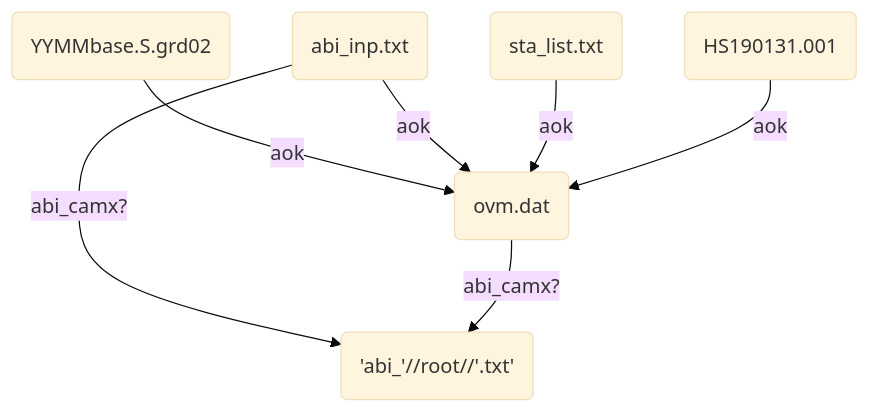
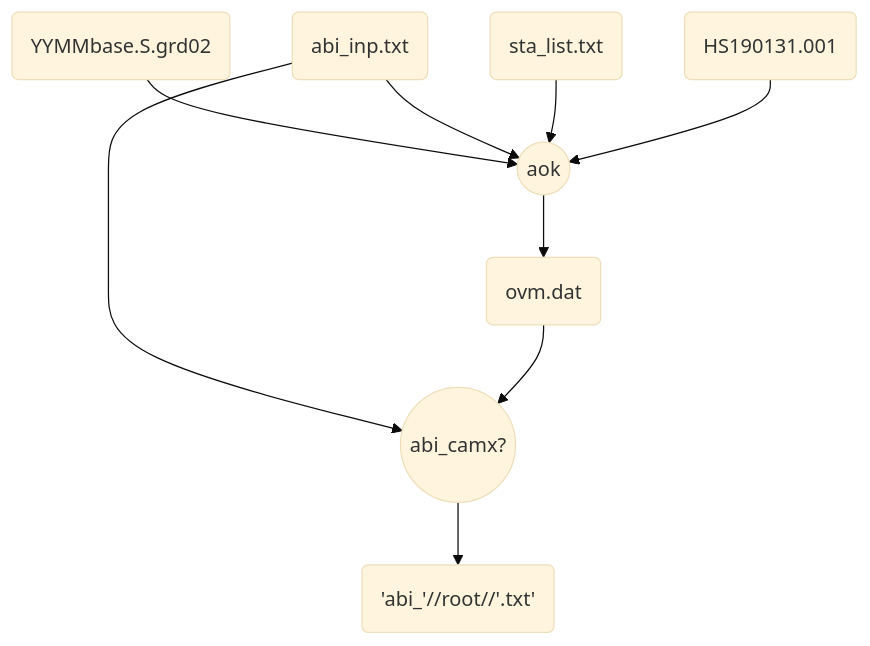
Before and after one commit to sinotec2/FAQ: the second of 2 diagrams in _posts/2022-07-20-aok.md, drawn with Mermaid (base theme).

````diff
--- a/_posts/2022-07-20-aok.md
+++ b/_posts/2022-07-20-aok.md
@@ -41,15 +41,19 @@
 ```mermaid
 graph TD
     A(YYMMbase.S.grd02)
     B(abi_inp.txt)
     C(ovm.dat)
     D('abi_'//root//'.txt')
     E(sta_list.txt)
     F(HS190131.001)
-    A -- aok --> C
-    B -- aok --> C
-    E -- aok --> C
-    F -- aok --> C
-    B -- abi_camx? --> D
-    C -- abi_camx? --> D
+    G((aok))
+    H((abi_camx?))
+    A --> G
+    G --> C
+    B --> G
+    E --> G
+    F --> G
+    B --> H
+    H --> D
+    C --> H 
 ```
````
